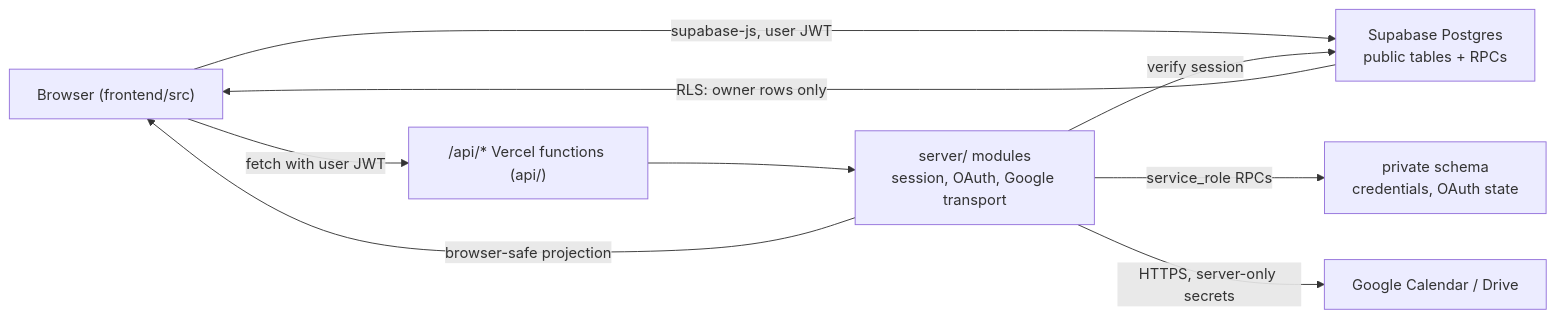
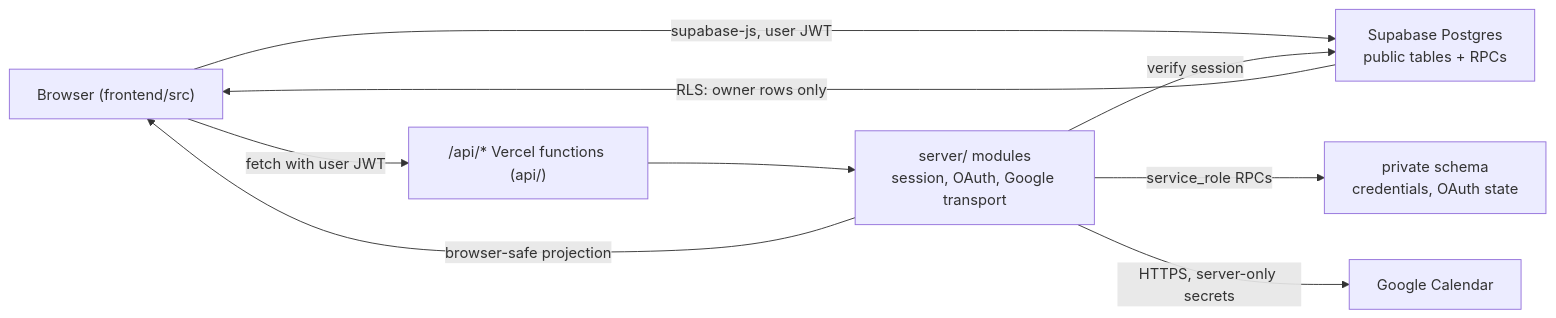
Before and after one commit to tobygodat/apraxia: the diagram in docs/ARCHITECTURE.md, drawn with Mermaid. The commit also changed other lines of this file and 107 other files, not shown here.

First line of the commit message:
Remove class PDF attachments and the Google Drive connection (#104)

````diff
--- a/docs/ARCHITECTURE.md
+++ b/docs/ARCHITECTURE.md
@@ -8,18 +8,18 @@
 ```mermaid
 flowchart LR
   Browser["Browser (frontend/src)"]
   Supabase["Supabase Postgres\npublic tables + RPCs"]
   ApiFn["/api/* Vercel functions (api/)"]
   ServerMod["server/ modules\nsession, OAuth, Google transport"]
   Private["private schema\ncredentials, OAuth state"]
-  Google["Google Calendar / Drive"]
+  Google["Google Calendar"]
 
   Browser -- "supabase-js, user JWT" --> Supabase
   Supabase -- "RLS: owner rows only" --> Browser
   Browser -- "fetch with user JWT" --> ApiFn
   ApiFn --> ServerMod
   ServerMod -- "verify session" --> Supabase
   ServerMod -- "service_role RPCs" --> Private
   ServerMod -- "HTTPS, server-only secrets" --> Google
   ServerMod -- "browser-safe projection" --> Browser
 ```
````
